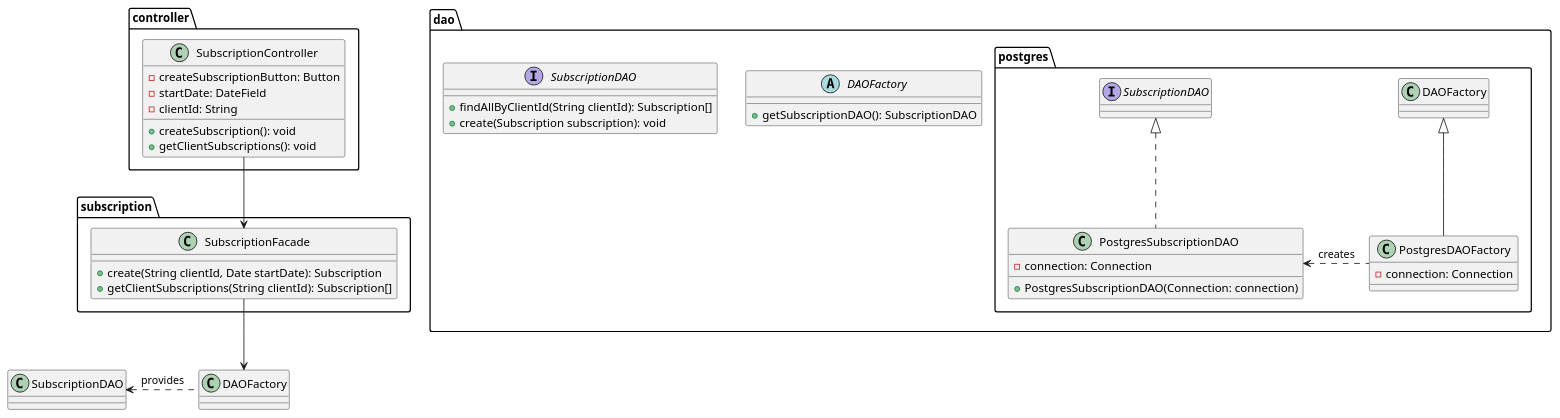
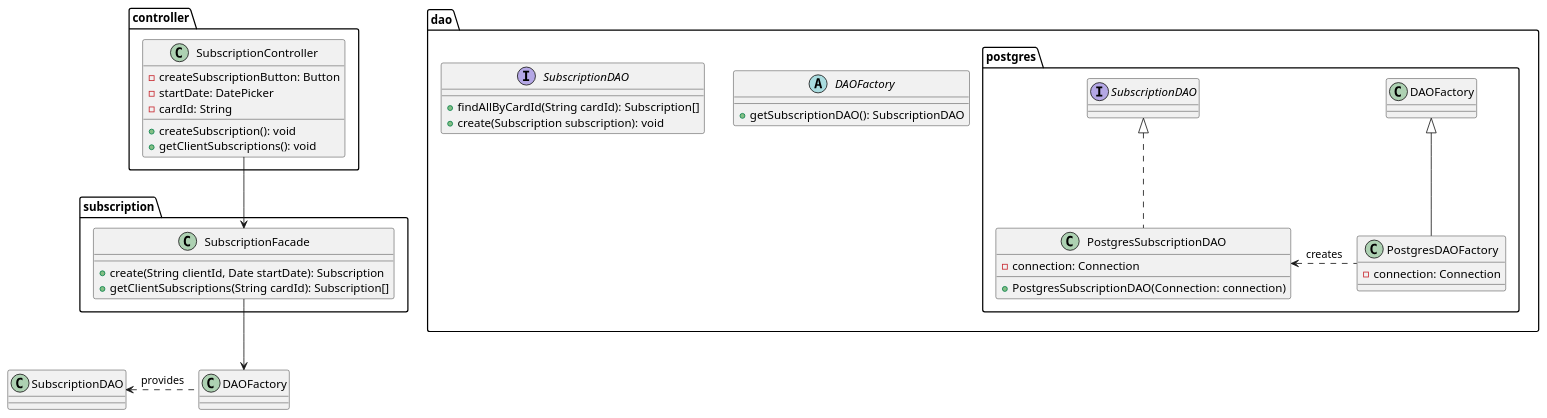
Before and after one commit to BrokenSwing/Comixaire: the diagram in specifications/software-design/subscription/sub-class-diagram.puml, drawn with PlantUML.

Commit message:
Update clientId to cardId

```diff
--- a/specifications/software-design/subscription/sub-class-diagram.puml
+++ b/specifications/software-design/subscription/sub-class-diagram.puml
@@ -1,55 +1,55 @@
 @startuml
 
 package controller {
 
   class SubscriptionController {
     -createSubscriptionButton: Button
-    -startDate: DateField
-    -clientId: String
+    -startDate: DatePicker
+    -cardId: String
     +createSubscription(): void
     +getClientSubscriptions(): void
   }
 
 }
 
 package subscription {
   class SubscriptionFacade {
     +create(String clientId, Date startDate): Subscription
-    +getClientSubscriptions(String clientId): Subscription[]
+    +getClientSubscriptions(String cardId): Subscription[]
   }
 }
 
 package dao {
   abstract class DAOFactory {
     +getSubscriptionDAO(): SubscriptionDAO
   }
 
   interface SubscriptionDAO {
-    +findAllByClientId(String clientId): Subscription[]
+    +findAllByCardId(String cardId): Subscription[]
     +create(Subscription subscription): void
   }
 
   package postgres {
 
     class PostgresSubscriptionDAO implements SubscriptionDAO {
       -connection: Connection
       +PostgresSubscriptionDAO(Connection: connection)
     }
 
     class PostgresDAOFactory extends DAOFactory {
       -connection: Connection
     }
 
   }
 
 }
 
 PostgresDAOFactory .left> PostgresSubscriptionDAO : "creates"
 DAOFactory .left> SubscriptionDAO : "provides"
 
 ' Inter-packages relations
 
 SubscriptionFacade -down-> DAOFactory
 SubscriptionController --> SubscriptionFacade
 
 @enduml
```
